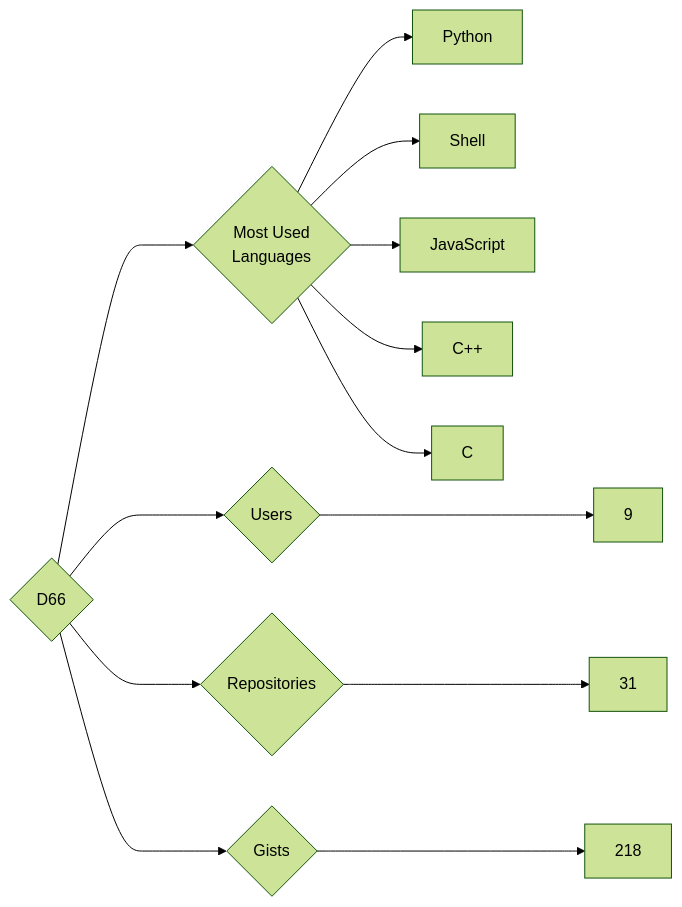
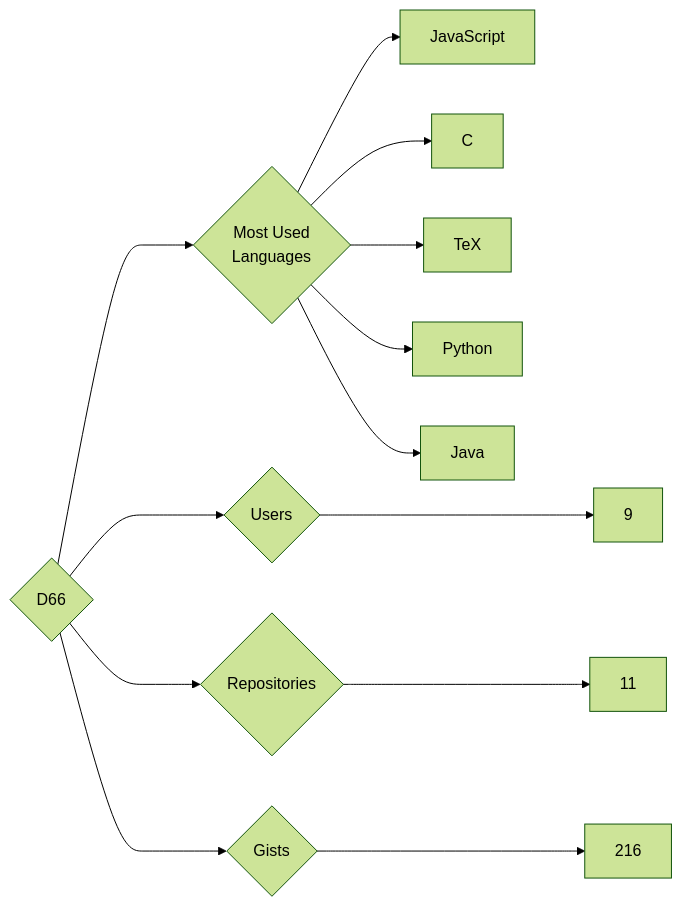
Before and after one commit to trickest/insiders: the diagram in targets/D66/README.md, drawn with Mermaid (forest theme). The commit also changed 749 other files, not shown here.

````diff
--- a/targets/D66/README.md
+++ b/targets/D66/README.md
@@ -3,13 +3,13 @@
 ```mermaid
 graph LR
 COMPANY_NAME{D66}
 COMPANY_NAME ---> U{Users} ---> UN[9]
-COMPANY_NAME ---> R{Repositories} ---> RN[31]
-COMPANY_NAME ---> G{Gists} ---> GN[218]
+COMPANY_NAME ---> R{Repositories} ---> RN[11]
+COMPANY_NAME ---> G{Gists} ---> GN[216]
 COMPANY_NAME ---> ML{Most Used<br>Languages}
+ML --> JavaScript[JavaScript]
+ML --> C[C]
+ML --> TeX[TeX]
 ML --> Python[Python]
-ML --> Shell[Shell]
-ML --> JavaScript[JavaScript]
-ML --> C++[C++]
-ML --> C[C]
+ML --> Java[Java]
 ```
````
